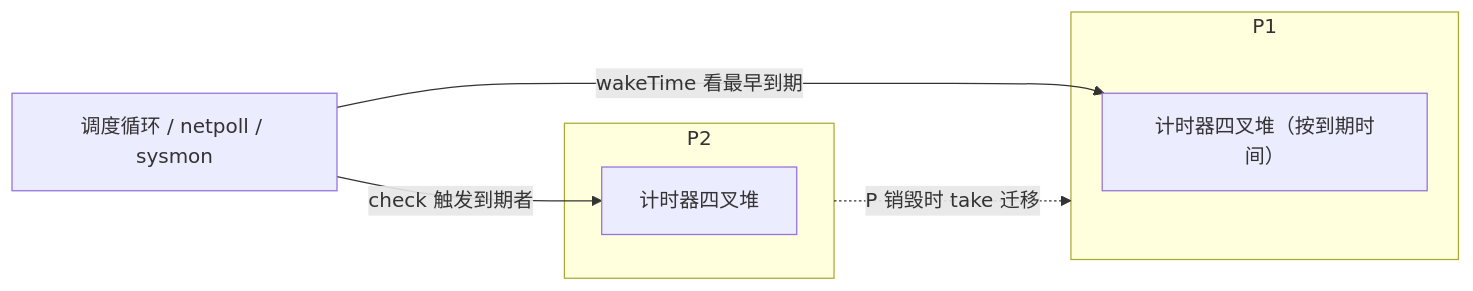
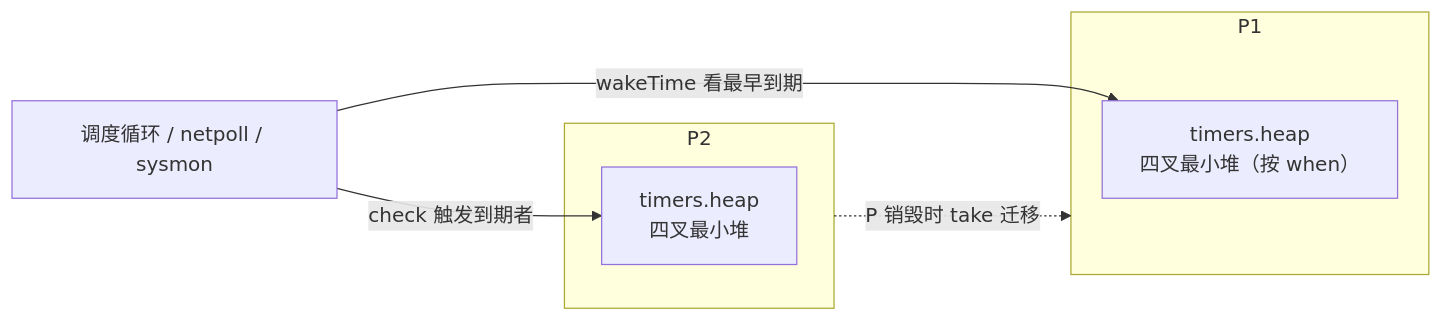
The second of 4 diagrams in book/zh-cn/part3concurrency/ch09sched/timer.md (golang-design/under-the-hood), drawn with Mermaid before and after one commit. The commit also changed other lines of this file and 6 other files, not shown here.

````diff
--- a/book/zh-cn/part3concurrency/ch09sched/timer.md
+++ b/book/zh-cn/part3concurrency/ch09sched/timer.md
@@ -49,12 +66,12 @@
 ```mermaid
 flowchart LR
-    subgraph P1[P1]
-      T1["计时器四叉堆（按到期时间）"]
+    subgraph P1["P1"]
+      T1["timers.heap<br/>四叉最小堆（按 when）"]
     end
-    subgraph P2[P2]
-      T2["计时器四叉堆"]
+    subgraph P2["P2"]
+      T2["timers.heap<br/>四叉最小堆"]
     end
-    SCHED["调度循环 / netpoll / sysmon"] -->|wakeTime 看最早到期| T1
-    SCHED -->|check 触发到期者| T2
-    P2 -. P 销毁时 take 迁移 .-> P1
+    SCHED["调度循环 / netpoll / sysmon"] -->|"wakeTime 看最早到期"| T1
+    SCHED -->|"check 触发到期者"| T2
+    P2 -. "P 销毁时 take 迁移" .-> P1
 ```
````
